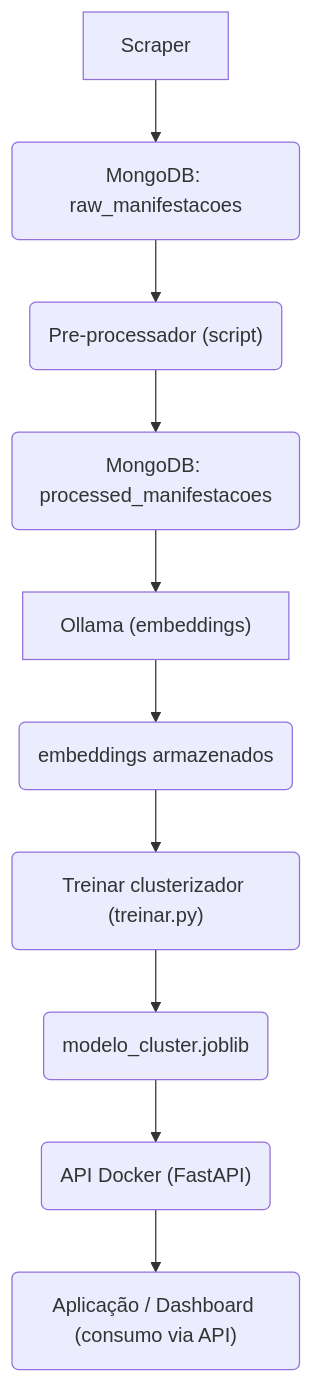
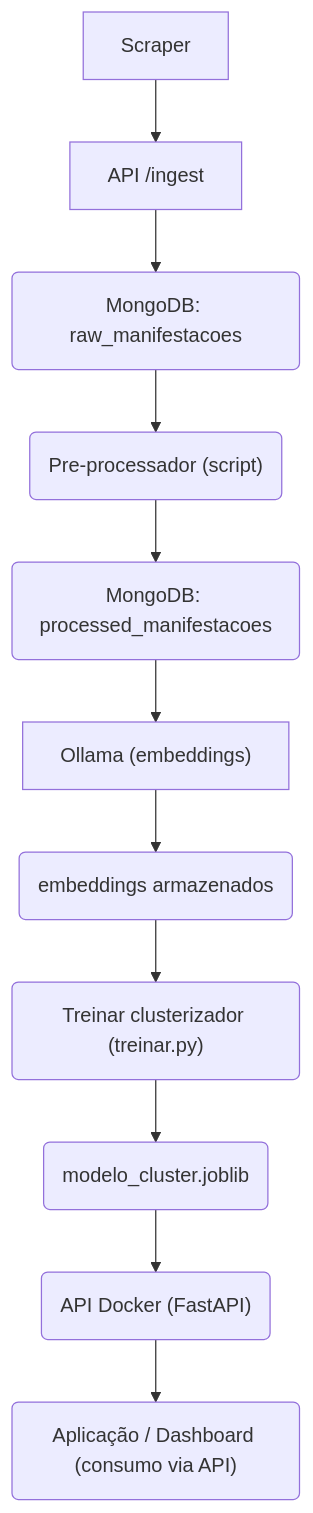
One commit to unb-Sistemas-de-Machine-learning/group7-social-voice-clusters changed the diagram in docs/produto/arquitetura.md. Above: the diagram before and after it, drawn with Mermaid. The commit also changed 1 other file, not shown here.

Commit message:
fix: product archtecture

````diff
--- a/docs/produto/arquitetura.md
+++ b/docs/produto/arquitetura.md
@@ -85,12 +85,13 @@
 ```mermaid
   flowchart TD
-    A["Scraper"] --> B("MongoDB: raw_manifestacoes")
-    B --> C("Pre-processador (script)")
+        A["Scraper"] --> X["API /ingest"]
+        X --> B("MongoDB: raw_manifestacoes")
+        B --> C("Pre-processador (script)")
     C --> D("MongoDB: processed_manifestacoes")
     D --> E["Ollama (embeddings)"]
     E --> F("embeddings armazenados")
     F --> G("Treinar clusterizador (treinar.py)")
     G --> H("modelo_cluster.joblib")
     H --> I("API Docker (FastAPI)")
     I --> J("Aplicação / Dashboard (consumo via API)")
 ```
````
